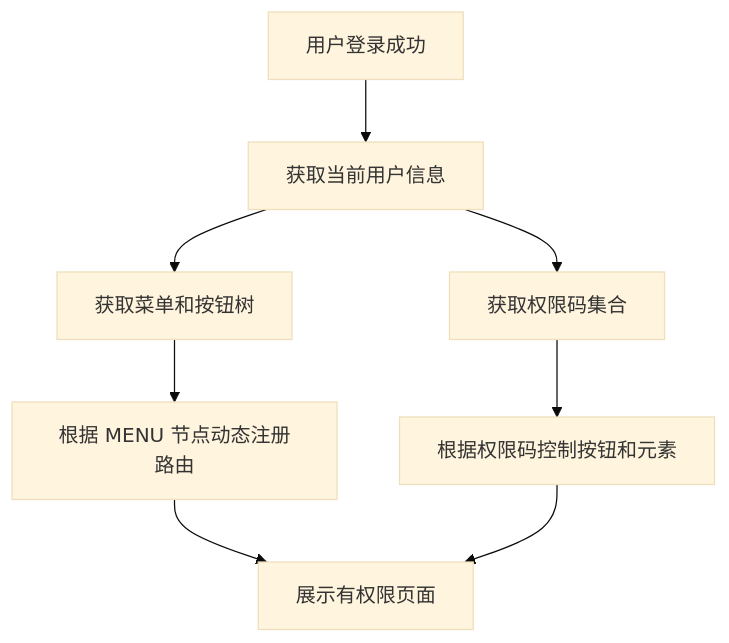
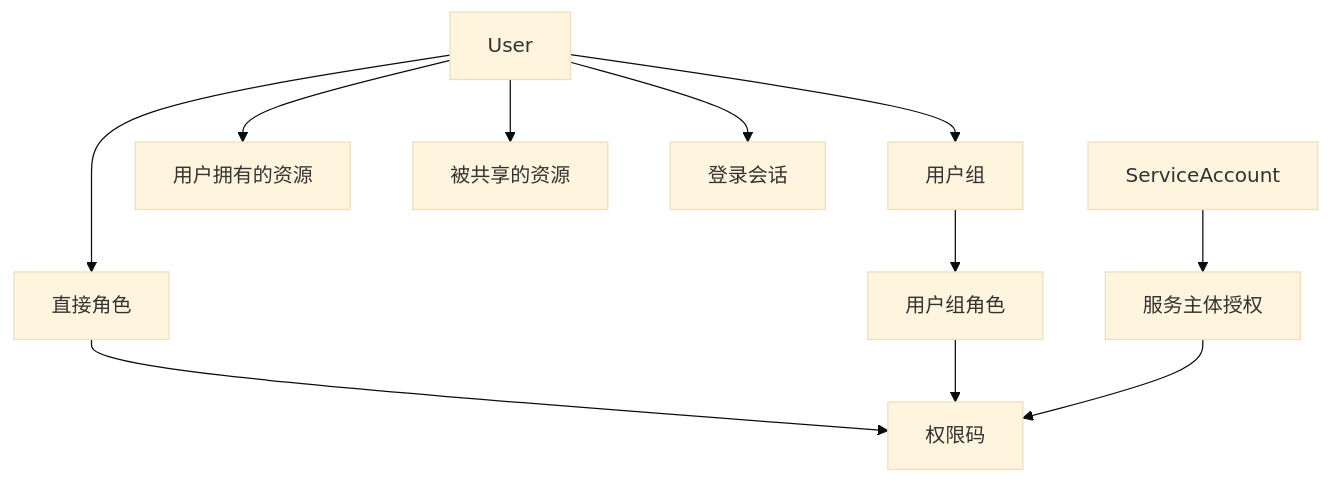
The tenth of 10 diagrams in 00_product/domains/identity/product-spec.md (wangweihong/omnimam-spec), drawn with Mermaid (base theme) before and after one commit. The commit also changed other lines of this file and 24 other files, not shown here.

````diff
--- a/00_product/domains/identity/product-spec.md
+++ b/00_product/domains/identity/product-spec.md
@@ -766,10 +1569,18 @@
 ```mermaid
-flowchart TD
-  A["用户登录成功"] --> B["获取当前用户信息"]
-  B --> C["获取权限码集合"]
-  B --> D["获取菜单和按钮树"]
-  D --> E["根据 MENU 节点动态注册路由"]
-  C --> F["根据权限码控制按钮和元素"]
-  E --> G["展示有权限页面"]
-  F --> G
+flowchart TB
+    USER["User"]
+
+    USER --> ROLE["直接角色"]
+    USER --> GROUP["用户组"]
+    GROUP --> GROUP_ROLE["用户组角色"]
+
+    ROLE --> PERMISSION["权限码"]
+    GROUP_ROLE --> PERMISSION
+
+    USER --> OWNED["用户拥有的资源"]
+    USER --> SHARED["被共享的资源"]
+
+    USER --> SESSION["登录会话"]
+    SERVICE["ServiceAccount"] --> SERVICE_ROLE["服务主体授权"]
+    SERVICE_ROLE --> PERMISSION
 ```
````
